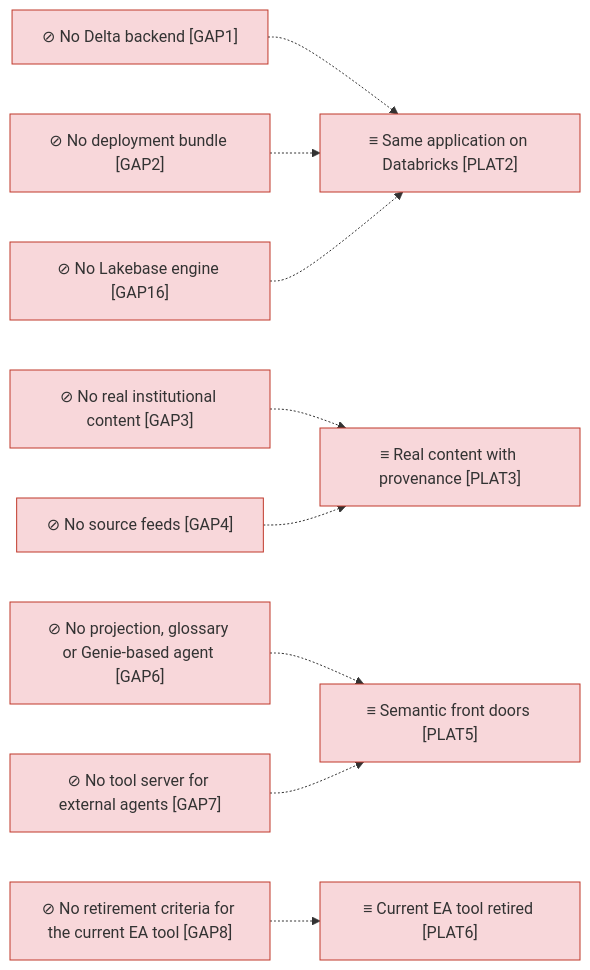
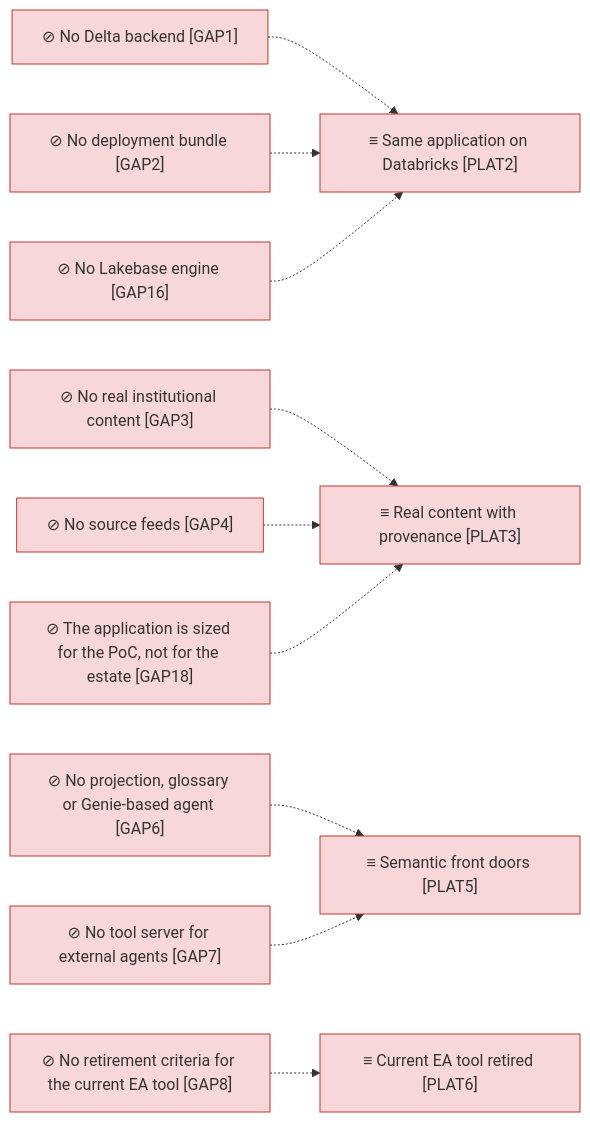
One commit to roanboc/dbx-enterprise-architecture changed the third of 4 diagrams in architecture/6_transition/1_target-state.md. Above: the diagram before and after it, drawn with Mermaid. The commit also changed other lines of this file and 12 other files, not shown here.

````diff
--- a/architecture/6_transition/1_target-state.md
+++ b/architecture/6_transition/1_target-state.md
@@ -55,25 +55,27 @@
 ```mermaid
 flowchart LR
   p2["≡ Same application on Databricks [PLAT2]"]:::implementation
   p3["≡ Real content with provenance [PLAT3]"]:::implementation
   p5["≡ Semantic front doors [PLAT5]"]:::implementation
   p6["≡ Current EA tool retired [PLAT6]"]:::implementation
   g1["⊘ No Delta backend [GAP1]"]:::implementation
   g2["⊘ No deployment bundle [GAP2]"]:::implementation
   g16["⊘ No Lakebase engine [GAP16]"]:::implementation
   g3["⊘ No real institutional content [GAP3]"]:::implementation
   g4["⊘ No source feeds [GAP4]"]:::implementation
   g6["⊘ No projection, glossary or Genie-based agent [GAP6]"]:::implementation
   g7["⊘ No tool server for external agents [GAP7]"]:::implementation
   g8["⊘ No retirement criteria for the current EA tool [GAP8]"]:::implementation
+  g18["⊘ The application is sized for the PoC, not for the estate [GAP18]"]:::implementation
   g1 -.-> p2
   g2 -.-> p2
   g16 -.-> p2
   g3 -.-> p3
   g4 -.-> p3
   g6 -.-> p5
   g7 -.-> p5
   g8 -.-> p6
+  g18 -.-> p3
 
   classDef implementation fill:#f8d7da,stroke:#c0392b,color:#333
 ```
````
